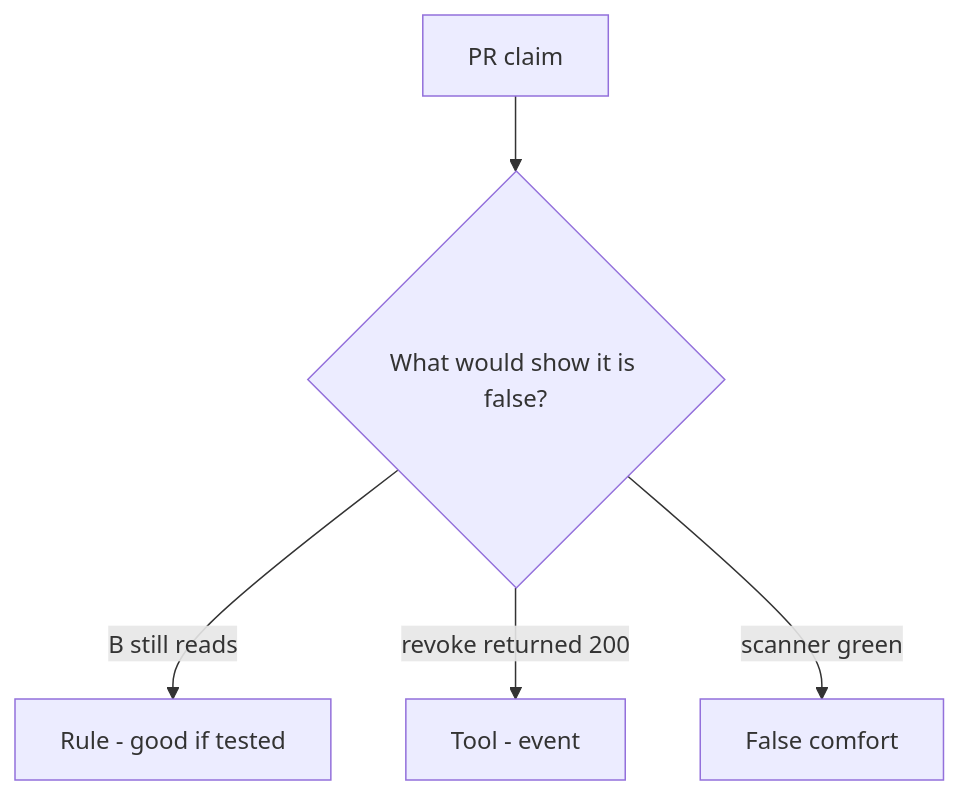
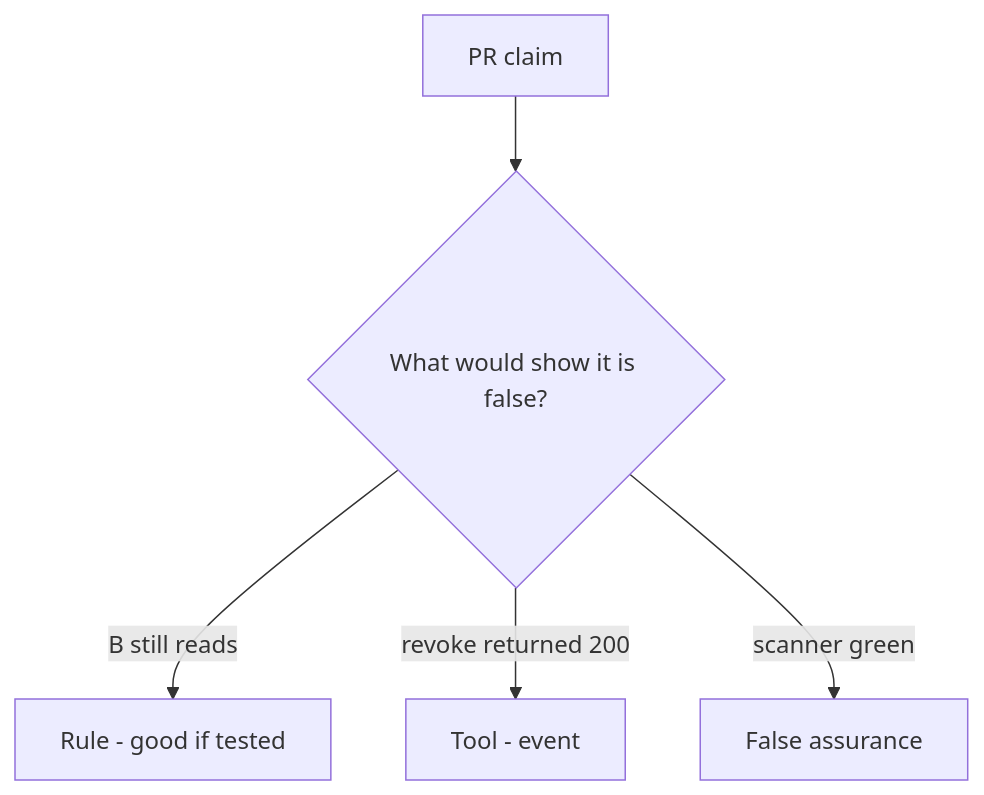
One commit to ishitvagoel/LearnSecurity changed the diagram in content/modules/11/11/lessons/08-review.md. Above: the diagram before and after it, drawn with Mermaid. The commit also changed other lines of this file and 240 other files, not shown here.

````diff
--- a/content/modules/11/11/lessons/08-review.md
+++ b/content/modules/11/11/lessons/08-review.md
@@ -18,7 +18,7 @@
 ```mermaid
 flowchart TD
   Claim[PR claim] --> Q{"What would show it is false?"}
   Q -->|B still reads| Property["Rule - good if tested"]
   Q -->|revoke returned 200| Mechanism[Tool - event]
-  Q -->|scanner green| False[False comfort]
+  Q -->|scanner green| False[False assurance]
 ```
````
